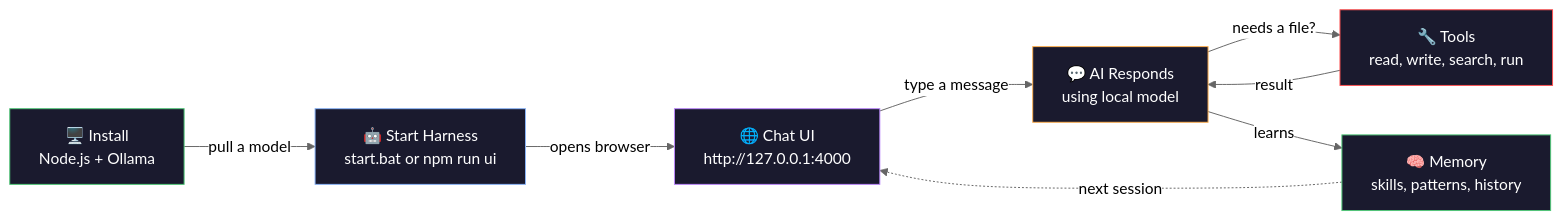
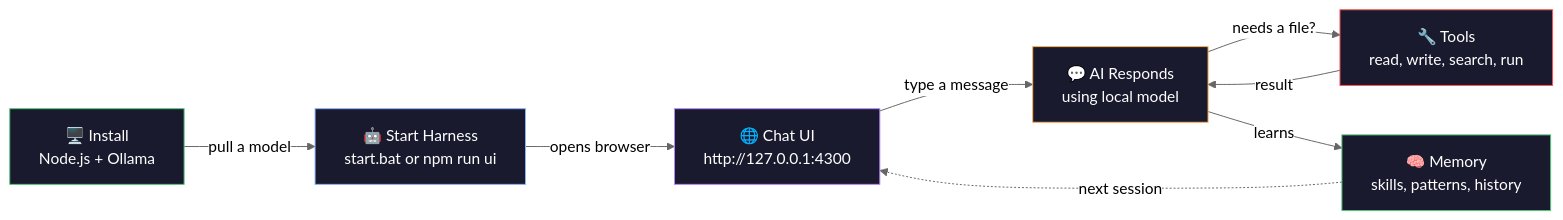
One commit to Bradliebs/ollama-agent-harness changed the first of 2 diagrams in README.md. Above: the diagram before and after it, drawn with Mermaid (neutral theme). The commit also changed other lines of this file and 6 other files, not shown here.

````diff
--- a/README.md
+++ b/README.md
@@ -30,17 +30,17 @@
 ```mermaid
 flowchart LR
     A["🖥️ Install\nNode.js + Ollama"] -->|pull a model| B["🤖 Start Harness\nstart.bat or npm run ui"]
-    B -->|opens browser| C["🌐 Chat UI\nhttp://127.0.0.1:4000"]
+    B -->|opens browser| C["🌐 Chat UI\nhttp://127.0.0.1:4300"]
     C -->|type a message| D["💬 AI Responds\nusing local model"]
     D -->|needs a file?| E["🔧 Tools\nread, write, search, run"]
     E -->|result| D
     D -->|learns| F["🧠 Memory\nskills, patterns, history"]
     F -.->|next session| C
 
     style A fill:#1a1a2e,stroke:#50c878,color:#fff
     style B fill:#1a1a2e,stroke:#8ab4f8,color:#fff
     style C fill:#1a1a2e,stroke:#bb86fc,color:#fff
     style D fill:#1a1a2e,stroke:#ffb050,color:#fff
     style E fill:#1a1a2e,stroke:#ff5050,color:#fff
     style F fill:#1a1a2e,stroke:#50c878,color:#fff
 ```
````
